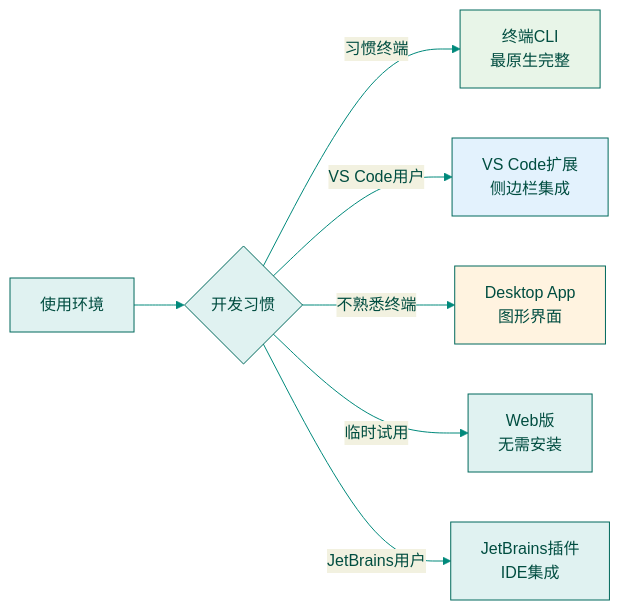
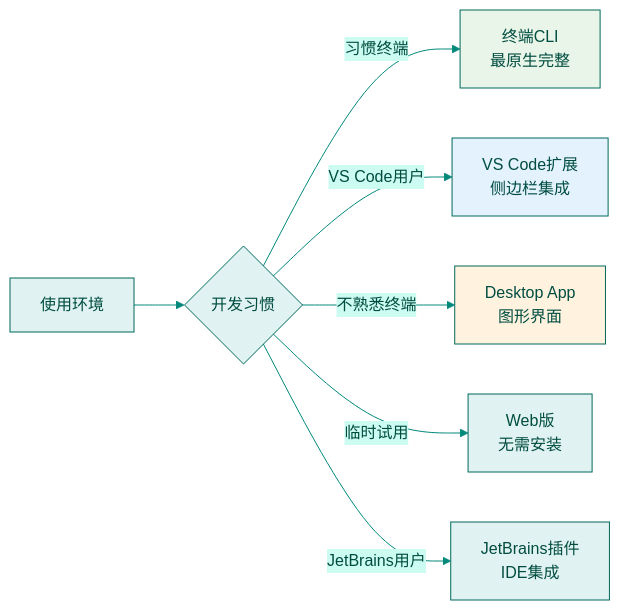
Before and after one commit to microwind/ai-skills: the ninth of 19 diagrams in docs/claude/ClaudeCodeAI编程完全指南.md, drawn with Mermaid. The commit also changed other lines of this file and 1 other file, not shown here.

````diff
--- a/docs/claude/ClaudeCodeAI编程完全指南.md
+++ b/docs/claude/ClaudeCodeAI编程完全指南.md
@@ -235,14 +264,14 @@
 ```mermaid
-%%{init: {'theme': 'base', 'themeVariables': { 'primaryColor': '#e0f2f1', 'primaryTextColor': '#004d40', 'primaryBorderColor': '#00695c', 'lineColor': '#00897b', 'fillType0': '#b2dfdb', 'fillType1': '#80cbc4', 'fillType2': '#4db6ac' }}}%%
+%%{init: {'theme': 'base', 'themeVariables': { 'background': '#f0fdfa', 'secondaryColor': '#ccfbf1', 'tertiaryColor': '#99f6e4', 'primaryColor': '#e0f2f1', 'primaryTextColor': '#004d40', 'primaryBorderColor': '#00695c', 'lineColor': '#00897b', 'fillType0': '#b2dfdb', 'fillType1': '#80cbc4', 'fillType2': '#4db6ac' }}}%%
 flowchart LR
     A[使用环境] --> B{开发习惯}
     B -->|习惯终端| C[终端CLI<br>最原生完整]
     B -->|VS Code用户| D[VS Code扩展<br>侧边栏集成]
     B -->|不熟悉终端| E[Desktop App<br>图形界面]
     B -->|临时试用| F[Web版<br>无需安装]
     B -->|JetBrains用户| G[JetBrains插件<br>IDE集成]
     
     style C fill:#e8f5e8
     style D fill:#e3f2fd
     style E fill:#fff3e0
 ```
````
